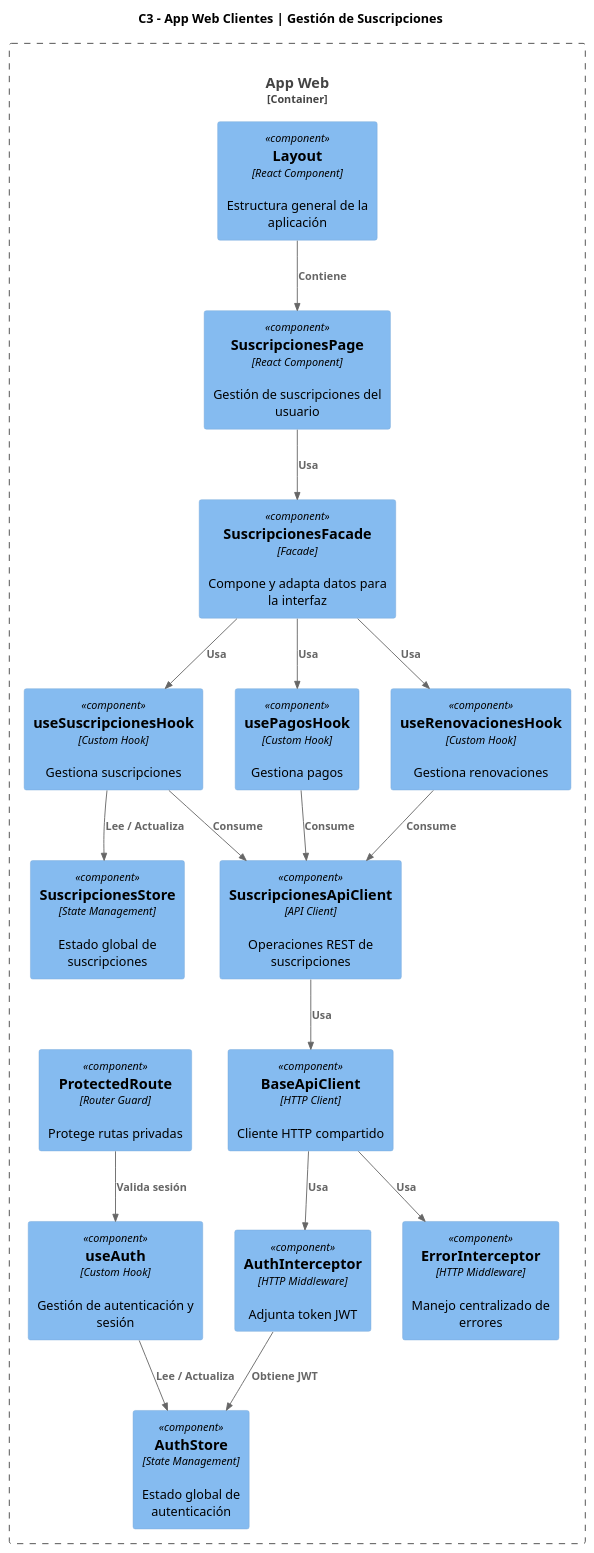
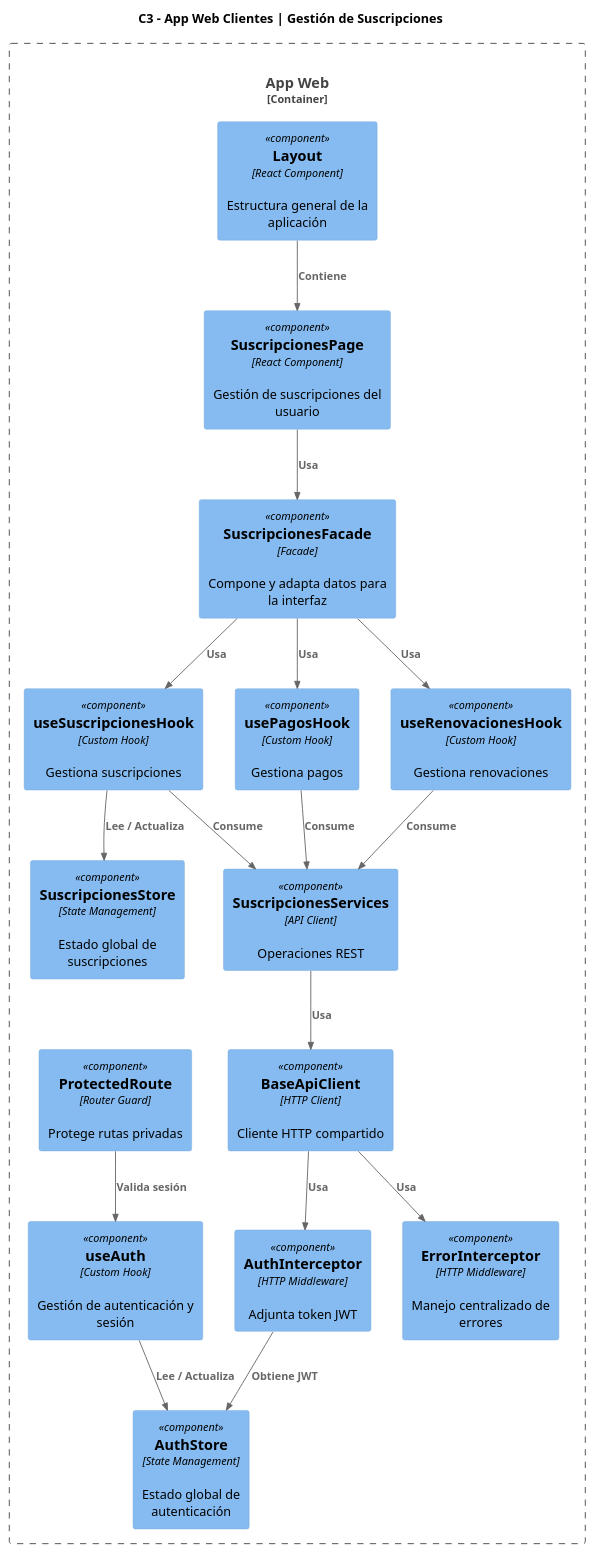
One commit to mich-ale-tec/documentacion-arquitecturas changed the diagram in c4-component.puml. Above: the diagram before and after it, drawn with PlantUML.

Commit message:
Version 2 de component

```diff
--- a/c4-component.puml
+++ b/c4-component.puml
@@ -1,57 +1,57 @@
 @startuml
 !include https://raw.githubusercontent.com/plantuml-stdlib/C4-PlantUML/master/C4_Component.puml
 
 title C3 – App Web Clientes | Gestión de Suscripciones
 
 Container_Boundary(webAppClientes, "App Web", "React SPA") {
 
     Component(layout, "Layout", "React Component", "Estructura general de la aplicación")
     Component(routeGuard, "ProtectedRoute", "Router Guard", "Protege rutas privadas")
 
     Component(suscripcionesPage, "SuscripcionesPage", "React Component", "Gestión de suscripciones del usuario")
 
     Component(suscripcionesFacade, "SuscripcionesFacade", "Facade", "Compone y adapta datos para la interfaz")
 
     Component(suscripcionesHook, "useSuscripcionesHook", "Custom Hook", "Gestiona suscripciones")
     Component(pagosHook, "usePagosHook", "Custom Hook", "Gestiona pagos")
     Component(renovacionesHook, "useRenovacionesHook", "Custom Hook", "Gestiona renovaciones")
 
     Component(authHook, "useAuth", "Custom Hook", "Gestión de autenticación y sesión")
 
     Component(authStore, "AuthStore", "State Management", "Estado global de autenticación")
     Component(suscripcionesStore, "SuscripcionesStore", "State Management", "Estado global de suscripciones")
 
-    Component(apiClient, "SuscripcionesApiClient", "API Client", "Operaciones REST de suscripciones")
+    Component(suscripcionesServices, "SuscripcionesServices", "API Client", "Operaciones REST")
 
     Component(baseApiClient, "BaseApiClient", "HTTP Client", "Cliente HTTP compartido")
 
     Component(authInterceptor, "AuthInterceptor", "HTTP Middleware", "Adjunta token JWT")
     Component(errorInterceptor, "ErrorInterceptor", "HTTP Middleware", "Manejo centralizado de errores")
 }
 
 Rel(layout, suscripcionesPage, "Contiene")
 
 Rel(routeGuard, authHook, "Valida sesión")
 
 Rel(authHook, authStore, "Lee / Actualiza")
 
 Rel(suscripcionesPage, suscripcionesFacade, "Usa")
 
 Rel(suscripcionesFacade, suscripcionesHook, "Usa")
 Rel(suscripcionesFacade, pagosHook, "Usa")
 Rel(suscripcionesFacade, renovacionesHook, "Usa")
 
 Rel(suscripcionesHook, suscripcionesStore, "Lee / Actualiza")
-Rel(suscripcionesHook, apiClient, "Consume")
+Rel(suscripcionesHook, suscripcionesServices, "Consume")
 
-Rel(pagosHook, apiClient, "Consume")
-Rel(renovacionesHook, apiClient, "Consume")
+Rel(pagosHook, suscripcionesServices, "Consume")
+Rel(renovacionesHook, suscripcionesServices, "Consume")
 
-Rel(apiClient, baseApiClient, "Usa")
+Rel(suscripcionesServices, baseApiClient, "Usa")
 
 Rel(baseApiClient, authInterceptor, "Usa")
 Rel(baseApiClient, errorInterceptor, "Usa")
 
 Rel(authInterceptor, authStore, "Obtiene JWT")
 
 @enduml
```
